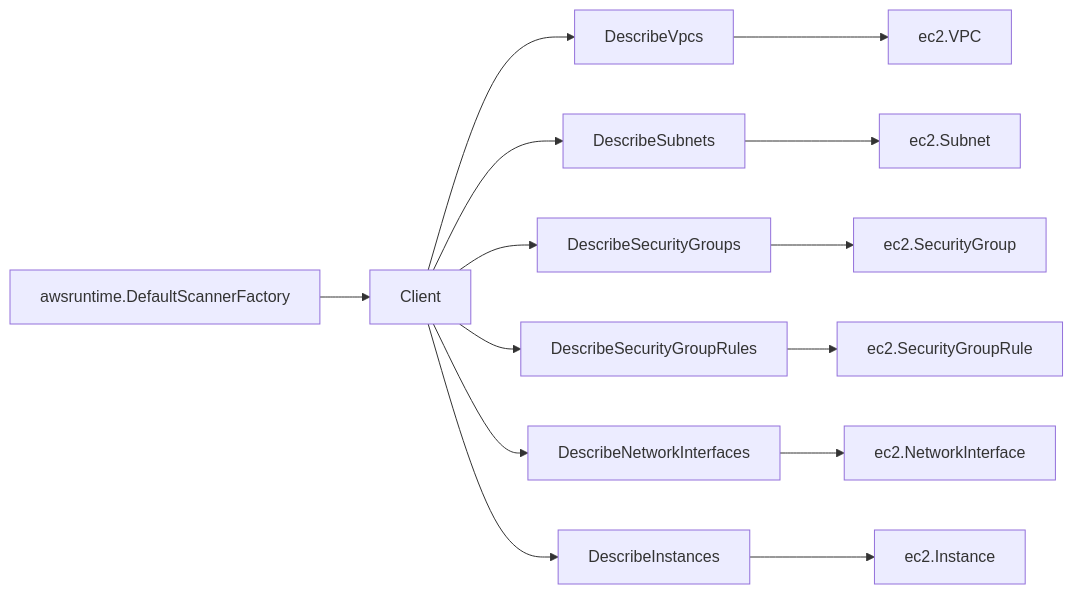
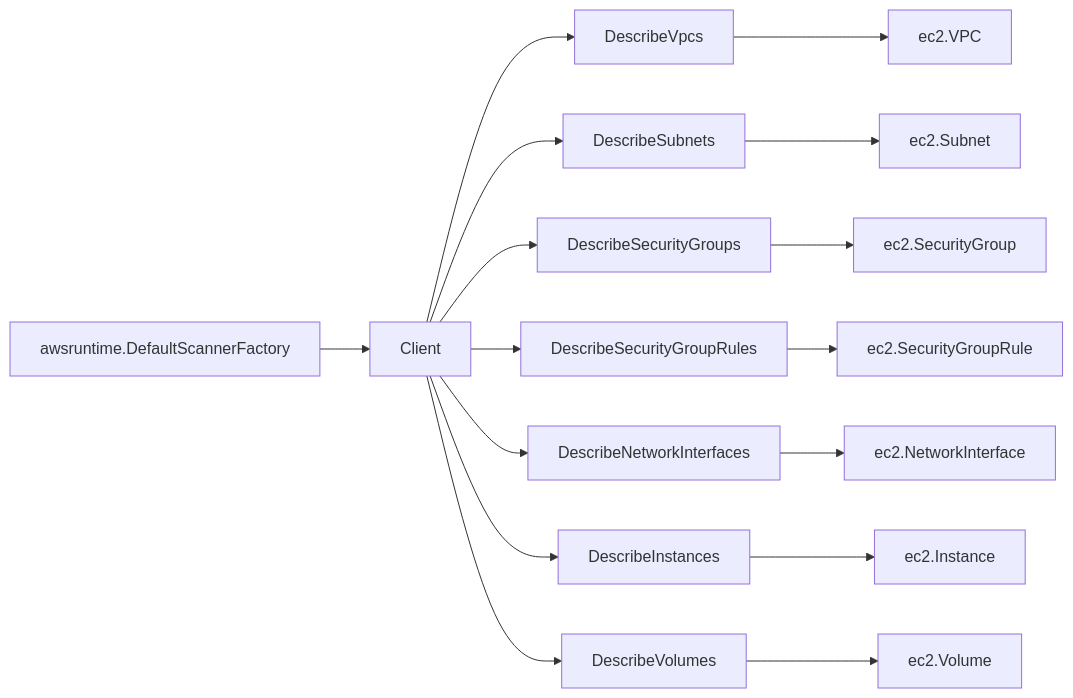
One commit to eshu-hq/eshu changed the diagram in go/internal/collector/awscloud/services/ec2/awssdk/README.md. Above: the diagram before and after it, drawn with Mermaid. The commit also changed other lines of this file and 26 other files, not shown here.

````diff
--- a/go/internal/collector/awscloud/services/ec2/awssdk/README.md
+++ b/go/internal/collector/awscloud/services/ec2/awssdk/README.md
@@ -15,16 +15,18 @@
 ```mermaid
 flowchart LR
   A["awsruntime.DefaultScannerFactory"] --> B["Client"]
   B --> C["DescribeVpcs"]
   B --> D["DescribeSubnets"]
   B --> E["DescribeSecurityGroups"]
   B --> F["DescribeSecurityGroupRules"]
   B --> G["DescribeNetworkInterfaces"]
   B --> M["DescribeInstances"]
+  B --> O["DescribeVolumes"]
   C --> H["ec2.VPC"]
   D --> I["ec2.Subnet"]
   E --> J["ec2.SecurityGroup"]
   F --> K["ec2.SecurityGroupRule"]
   G --> L["ec2.NetworkInterface"]
   M --> N["ec2.Instance"]
+  O --> P["ec2.Volume"]
 ```
````
